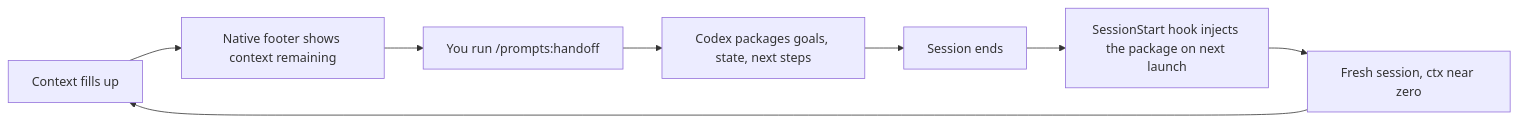
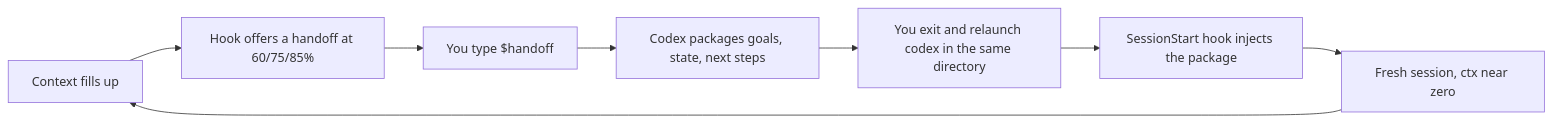
Before and after one commit to arthur-bump-pm/overcodex: the first of 2 diagrams in README.md, drawn with Mermaid. The commit also changed other lines of this file and 46 other files, not shown here.

Commit message:
v0.3.0: Codex 0.158 skills ($handoff), safe config.toml editing, hook-trust doctor, CI + release gate

````diff
--- a/README.md
+++ b/README.md
@@ -72,10 +79,10 @@
 ```mermaid
 flowchart LR
-    A[Context fills up] --> B[Native footer shows context remaining]
-    B --> C[You run /prompts:handoff]
+    A[Context fills up] --> B[Hook offers a handoff at 60/75/85%]
+    B --> C[You type $handoff]
     C --> D[Codex packages goals, state, next steps]
-    D --> E[Session ends]
-    E --> F[SessionStart hook injects the package on next launch]
+    D --> E[You exit and relaunch codex in the same directory]
+    E --> F[SessionStart hook injects the package]
     F --> G[Fresh session, ctx near zero]
     G --> A
 ```
````
